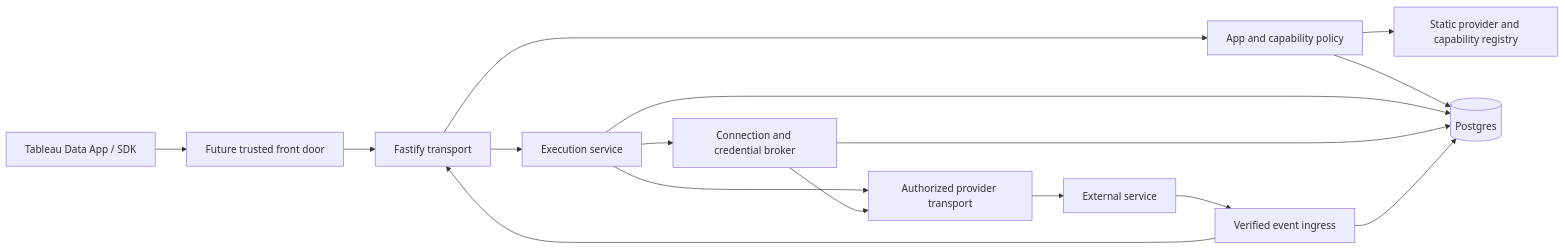
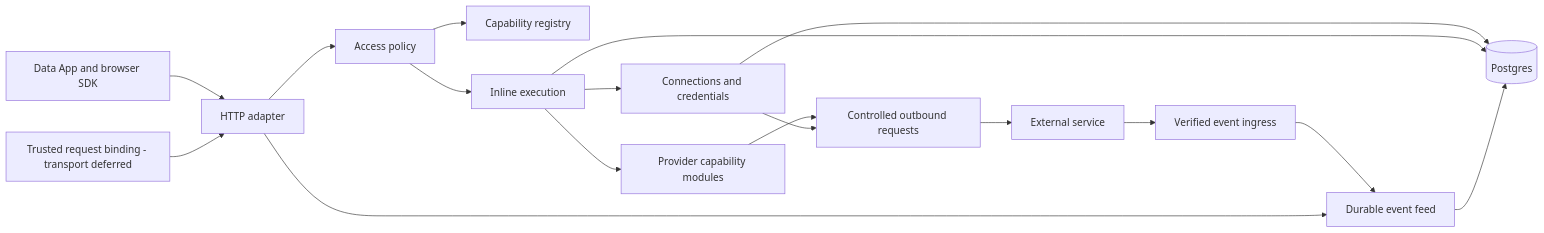
Before and after one commit to ahillspace/tableau-data-app-service: the diagram in architecture.md, drawn with Mermaid. The commit also changed other lines of this file and 19 other files, not shown here.

Commit message:
design: integrate reviewed canonical architecture and contracts

````diff
--- a/architecture.md
+++ b/architecture.md
@@ -28,18 +13,19 @@
 ```mermaid
 flowchart LR
-  App[Tableau Data App / SDK] --> Door[Future trusted front door]
-  Door --> HTTP[Fastify transport]
-  HTTP --> Policy[App and capability policy]
-  HTTP --> Exec[Execution service]
-  Policy --> Registry[Static provider and capability registry]
-  Exec --> Conn[Connection and credential broker]
-  Exec --> Client[Authorized provider transport]
-  Conn --> Client
-  Client --> External[External service]
-  External --> Events[Verified event ingress]
-  Events --> HTTP
-  Policy --> DB[(Postgres)]
-  Exec --> DB
-  Conn --> DB
-  Events --> DB
+  App[Data App and browser SDK] --> HTTP[HTTP adapter]
+  Door[Trusted request binding - transport deferred] --> HTTP
+  HTTP --> Access[Access policy]
+  Access --> Catalog[Capability registry]
+  Access --> Execute[Inline execution]
+  Execute --> Connections[Connections and credentials]
+  Execute --> Modules[Provider capability modules]
+  Modules --> Outbound[Controlled outbound requests]
+  Connections --> Outbound
+  Outbound --> External[External service]
+  External --> Ingress[Verified event ingress]
+  Ingress --> Feed[Durable event feed]
+  HTTP --> Feed
+  Connections --> DB[(Postgres)]
+  Execute --> DB
+  Feed --> DB
 ```
````
